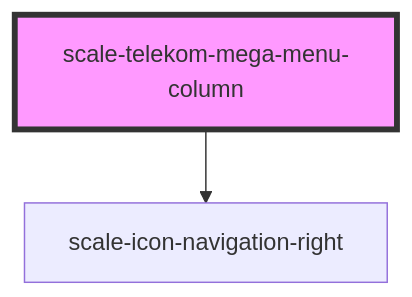
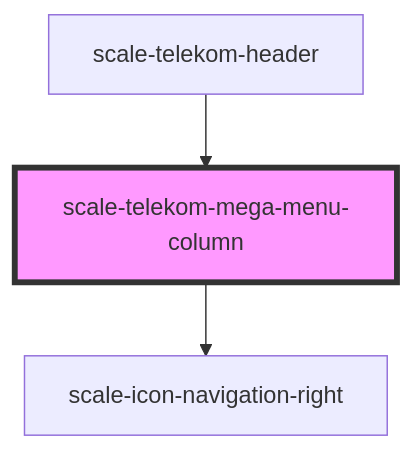
Before and after one commit to telekom/scale: the diagram in packages/components/src/components/telekom/telekom-mega-menu/readme.md, drawn with Mermaid. The commit also changed other lines of this file and 15 other files, not shown here.

Commit message:
feat(telekom-header): data api

````diff
--- a/packages/components/src/components/telekom/telekom-mega-menu/readme.md
+++ b/packages/components/src/components/telekom/telekom-mega-menu/readme.md
@@ -32,5 +36,6 @@
 ```mermaid
 graph TD;
   scale-telekom-mega-menu-column --> scale-icon-navigation-right
+  scale-telekom-header --> scale-telekom-mega-menu-column
   style scale-telekom-mega-menu-column fill:#f9f,stroke:#333,stroke-width:4px
 ```
````
